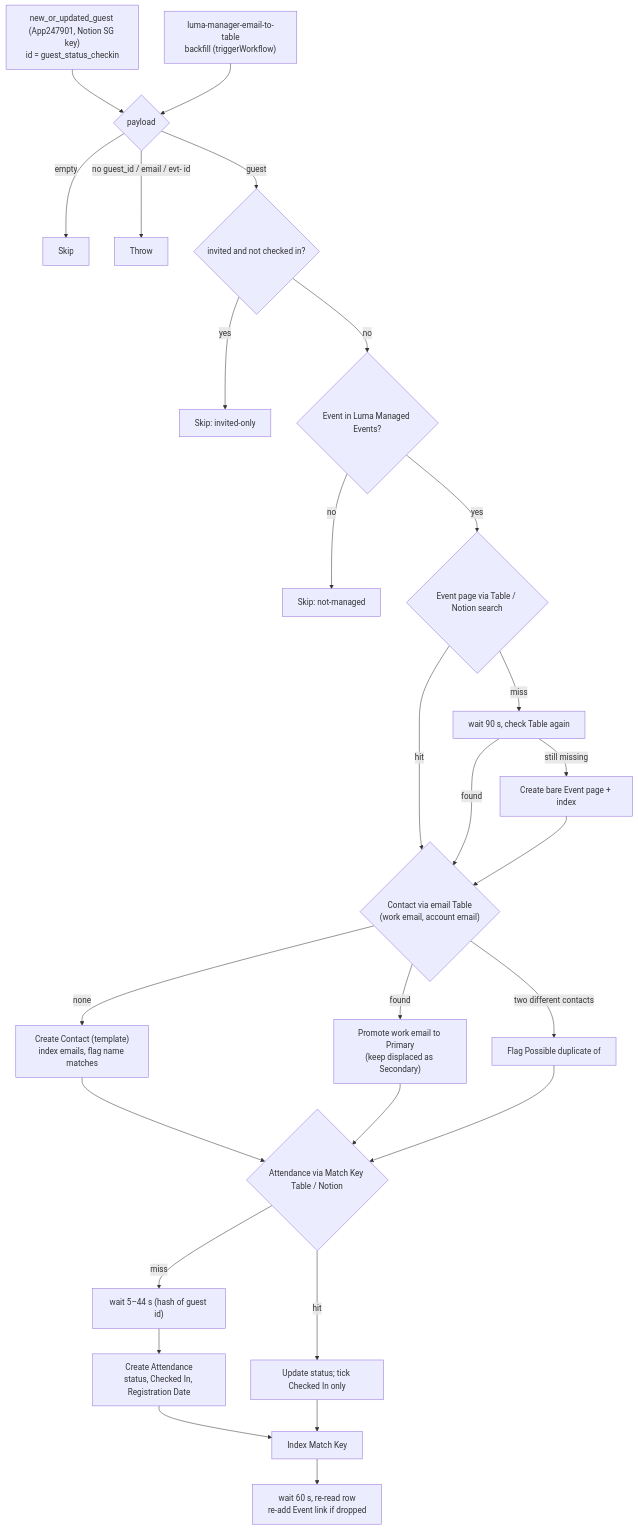
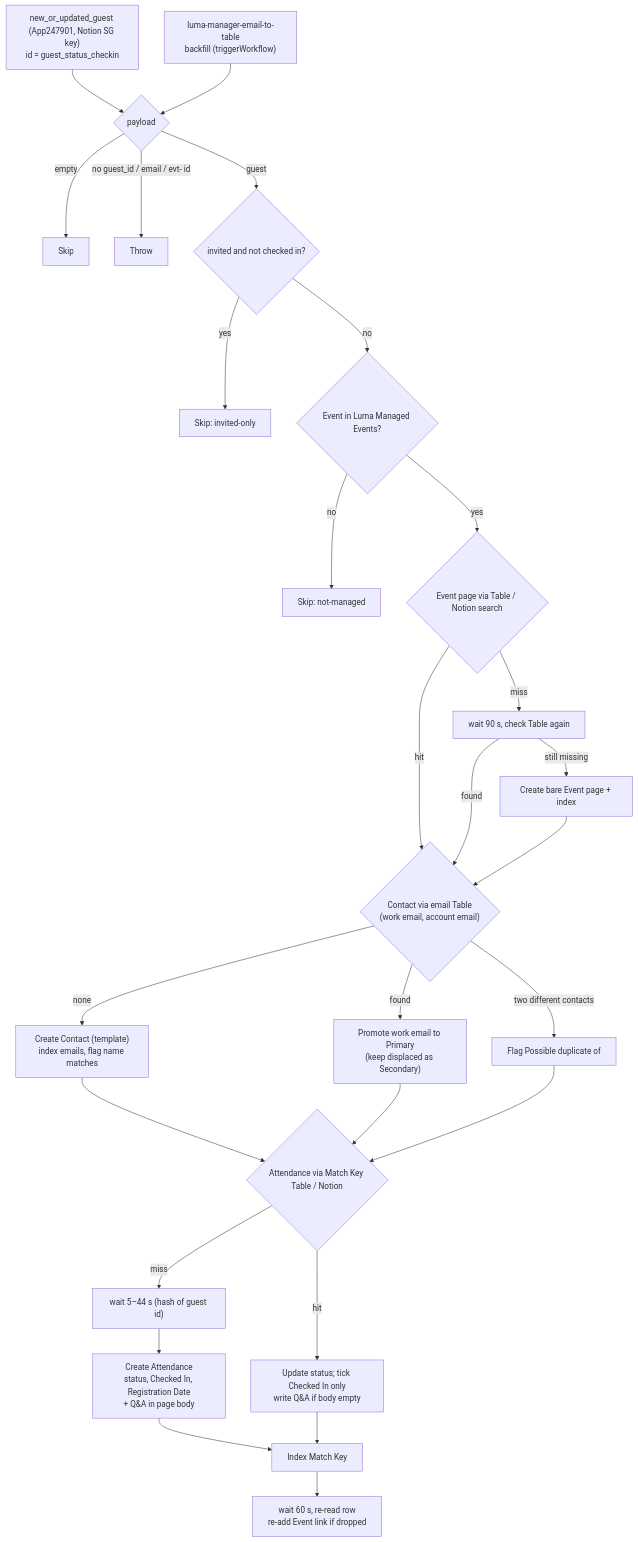
The diagram in luma-hosted-guest-to-event-attendance/README.md (work-flowers/zapier-sdk), drawn with Mermaid before and after one commit. The commit also changed other lines of this file and 1 other file, not shown here.

Commit message:
Luma guests: write registration Q&A into the Attendance page body
Questions differ per event, so every question and answer goes into the
Attendance body: on create, or once on an existing row whose body is empty
(never over notes). Guest-typed markdown is escaped; answers are capped at
1,800 characters.

````diff
--- a/luma-hosted-guest-to-event-attendance/README.md
+++ b/luma-hosted-guest-to-event-attendance/README.md
@@ -41,28 +42,28 @@
 ```mermaid
 flowchart TD
     T["new_or_updated_guest (App247901, Notion SG key)<br/>id = guest_status_checkin"] --> A
     BF["luma-manager-email-to-table<br/>backfill (triggerWorkflow)"] --> A
     A{"payload"} -->|"empty"| S0["Skip"]
     A -->|"no guest_id / email / evt- id"| X["Throw"]
     A -->|"guest"| I{"invited and not checked in?"}
     I -->|"yes"| S1["Skip: invited-only"]
     I -->|"no"| M{"Event in Luma Managed Events?"}
     M -->|"no"| S2["Skip: not-managed"]
     M -->|"yes"| E{"Event page via Table / Notion search"}
     E -->|"miss"| W["wait 90 s, check Table again"]
     W -->|"still missing"| EC["Create bare Event page + index"]
     E -->|"hit"| C
     W -->|"found"| C
     EC --> C{"Contact via email Table<br/>(work email, account email)"}
     C -->|"none"| CC["Create Contact (template)<br/>index emails, flag name matches"]
     C -->|"found"| CR["Promote work email to Primary<br/>(keep displaced as Secondary)"]
     C -->|"two different contacts"| CD["Flag Possible duplicate of"]
     CC --> AT
     CR --> AT
     CD --> AT
-    AT{"Attendance via Match Key Table / Notion"} -->|"miss"| SG["wait 5–44 s (hash of guest id)"] --> AC["Create Attendance<br/>status, Checked In, Registration Date"]
-    AT -->|"hit"| AU["Update status; tick Checked In only"]
+    AT{"Attendance via Match Key Table / Notion"} -->|"miss"| SG["wait 5–44 s (hash of guest id)"] --> AC["Create Attendance<br/>status, Checked In, Registration Date<br/>+ Q&A in page body"]
+    AT -->|"hit"| AU["Update status; tick Checked In only<br/>write Q&A if body empty"]
     AC --> IX["Index Match Key"]
     AU --> IX
     IX --> EL["wait 60 s, re-read row<br/>re-add Event link if dropped"]
 ```
````
